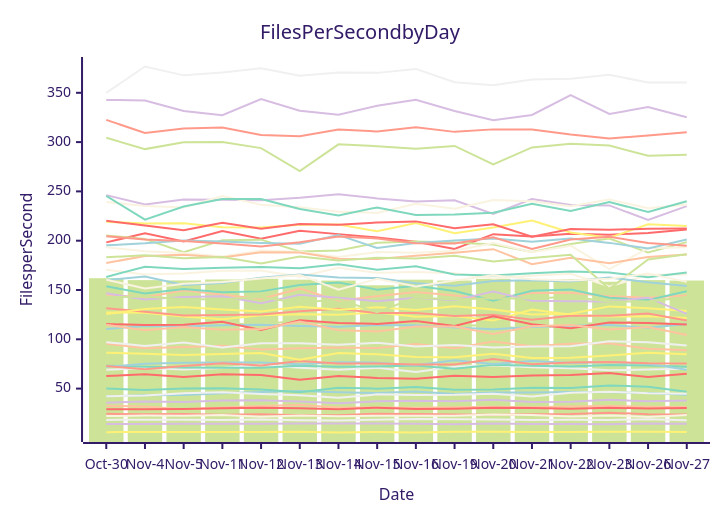
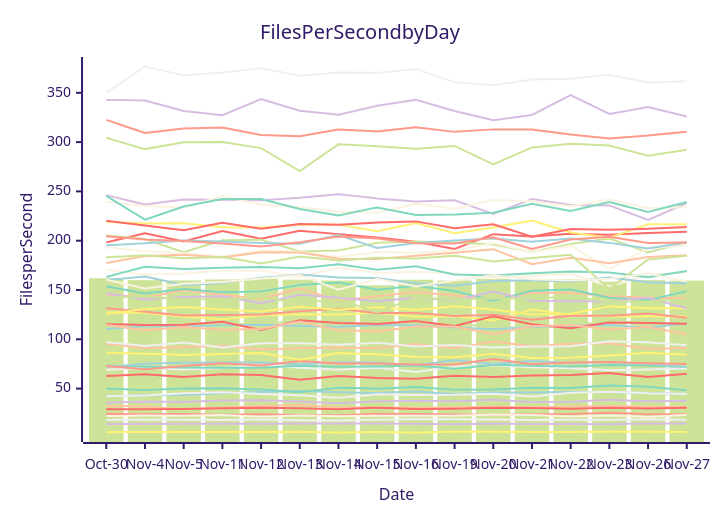
Before and after one commit to streetsidesoftware/cspell: the diagram in perf-report.md, drawn with Mermaid (forest theme). The commit also changed other lines of this file and 1 other file, not shown here.

````diff
--- a/perf-report.md
+++ b/perf-report.md
@@ -10,57 +10,57 @@
 ```mermaid
 xychart-beta
     title Files Per Second by Day
     y-axis Files per Second
     x-axis Date [Oct-30, Nov-4, Nov-5, Nov-11, Nov-12, Nov-13, Nov-14, Nov-15, Nov-16, Nov-19, Nov-20, Nov-21, Nov-22, Nov-23, Nov-26, Nov-27]
-    bar [161.94, 160.02, 159.72, 160.65, 161.35, 160.47, 159.54, 154.79, 160.46, 159.61, 161.30, 160.06, 161.07, 158.38, 160.01, 159.58]
-    line [198.27, 207.58, 199.26, 209.84, 202.01, 209.99, 206.66, 203.31, 199.00, 191.59, 206.65, 204.27, 207.11, 206.14, 207.83, 211.36]
-    line [42.25, 43.22, 43.49, 45.34, 46.46, 47.61, 46.36, 45.42, 47.07, 44.45, 46.03, 45.93, 46.58, 46.39, 45.62, 43.73]
-    line [13.97, 14.18, 14.33, 14.26, 14.23, 14.49, 14.71, 14.55, 14.39, 13.95, 14.60, 14.17, 14.18, 13.95, 14.61, 14.36]
-    line [18.25, 18.44, 18.38, 18.23, 18.67, 17.83, 17.56, 18.43, 19.15, 18.91, 18.65, 18.27, 18.52, 18.27, 18.83, 17.89]
-    line [95.53, 91.04, 92.11, 93.46, 89.53, 90.84, 91.64, 91.15, 95.31, 91.02, 97.72, 93.01, 95.37, 95.97, 90.32, 88.82]
-    line [49.99, 48.68, 50.03, 50.42, 49.00, 46.22, 50.88, 49.95, 51.56, 48.83, 49.01, 50.78, 50.67, 53.20, 51.79, 46.91]
-    line [24.43, 23.95, 24.20, 23.49, 24.08, 23.00, 23.06, 24.50, 24.34, 23.62, 23.53, 24.02, 24.23, 25.56, 24.09, 23.61]
-    line [22.12, 22.59, 22.34, 23.16, 21.54, 22.68, 21.85, 22.43, 22.45, 22.56, 23.60, 23.23, 21.70, 22.82, 21.29, 23.19]
-    line [127.28, 126.86, 123.18, 120.25, 124.45, 125.35, 124.99, 127.41, 122.93, 123.56, 118.96, 130.24, 124.88, 123.12, 123.27, 121.53]
-    line [117.43, 111.89, 115.01, 116.13, 115.22, 119.08, 113.54, 116.51, 115.21, 113.92, 114.16, 109.46, 116.44, 115.65, 119.47, 111.75]
-    line [62.75, 64.51, 61.69, 64.67, 63.79, 59.02, 62.70, 60.80, 59.91, 63.00, 61.76, 63.34, 63.78, 65.76, 61.80, 65.04]
-    line [110.40, 113.53, 112.85, 114.15, 114.65, 113.36, 112.62, 114.36, 114.33, 111.99, 110.22, 112.37, 113.80, 114.46, 111.80, 115.54]
-    line [35.71, 36.86, 36.50, 38.05, 38.19, 36.99, 35.25, 37.09, 37.76, 37.04, 38.77, 36.43, 36.55, 38.70, 37.18, 37.91]
-    line [69.09, 70.86, 69.37, 70.88, 73.81, 71.09, 69.11, 71.10, 66.81, 72.11, 73.56, 71.52, 70.73, 68.53, 69.45, 70.15]
-    line [145.45, 142.42, 149.63, 145.08, 140.78, 151.35, 139.20, 143.75, 147.85, 144.42, 140.89, 146.99, 147.16, 143.68, 142.26, 144.54]
-    line [73.22, 72.23, 71.32, 71.25, 71.08, 73.06, 72.16, 72.33, 73.39, 70.13, 74.26, 73.25, 72.41, 73.90, 73.49, 72.22]
-    line [131.49, 128.05, 124.13, 124.73, 125.27, 128.39, 131.06, 126.59, 126.76, 123.53, 124.94, 119.79, 123.77, 123.92, 126.14, 119.02]
-    line [170.61, 165.61, 166.70, 169.45, 169.81, 163.46, 172.46, 167.41, 168.34, 167.09, 161.78, 164.45, 166.41, 153.59, 165.34, 165.67]
-    line [125.70, 130.73, 132.76, 130.23, 128.16, 133.01, 129.97, 132.49, 129.80, 133.61, 130.16, 125.21, 125.92, 133.37, 131.47, 128.67]
-    line [205.39, 201.71, 188.42, 200.46, 201.07, 189.10, 190.06, 197.82, 199.09, 198.24, 196.06, 188.63, 196.64, 202.22, 187.96, 198.55]
-    line [115.50, 114.45, 114.87, 117.85, 109.38, 119.29, 116.46, 115.59, 118.49, 113.54, 123.36, 115.17, 111.11, 117.00, 116.48, 115.01]
-    line [72.03, 75.21, 76.09, 76.34, 76.58, 74.79, 76.80, 76.30, 73.76, 78.85, 74.91, 77.93, 75.92, 76.91, 75.07, 69.04]
-    line [246.20, 236.64, 241.81, 241.59, 241.14, 243.55, 247.17, 242.91, 239.70, 241.02, 227.21, 242.23, 236.13, 235.78, 220.97, 235.03]
-    line [97.05, 93.17, 96.79, 91.80, 95.95, 95.87, 94.48, 96.44, 92.65, 94.10, 91.76, 92.63, 92.88, 97.96, 96.91, 93.71]
-    line [32.41, 31.83, 29.14, 30.76, 32.43, 33.35, 30.87, 30.71, 30.55, 30.97, 31.56, 31.09, 31.75, 32.47, 31.60, 31.29]
-    line [163.25, 173.61, 171.18, 172.63, 173.35, 172.14, 176.09, 170.54, 174.05, 165.70, 164.60, 166.98, 168.69, 167.81, 163.00, 167.77]
-    line [72.80, 69.62, 72.93, 75.62, 73.39, 77.86, 75.46, 75.53, 74.48, 74.42, 80.12, 74.68, 76.58, 77.00, 75.69, 75.42]
-    line [193.23, 189.38, 187.47, 183.93, 189.93, 188.83, 183.53, 188.50, 187.66, 189.71, 197.63, 188.37, 194.96, 171.19, 192.32, 193.35]
-    line [219.14, 217.54, 217.64, 213.57, 213.32, 216.11, 216.43, 209.55, 217.83, 207.54, 213.34, 220.45, 208.25, 203.01, 216.67, 214.83]
-    line [304.34, 292.89, 299.81, 300.08, 293.90, 270.62, 297.75, 295.78, 293.19, 296.08, 277.37, 294.62, 298.41, 296.48, 286.19, 287.16]
-    line [29.14, 29.07, 29.19, 29.96, 30.60, 29.98, 29.13, 30.65, 29.20, 29.66, 30.68, 30.21, 29.67, 30.46, 29.86, 30.27]
-    line [195.27, 197.35, 200.31, 199.19, 197.63, 196.85, 205.77, 192.52, 197.76, 200.10, 202.32, 198.81, 202.16, 197.78, 192.08, 201.14]
-    line [342.79, 342.26, 331.64, 327.21, 343.58, 331.81, 327.76, 336.79, 342.94, 331.62, 322.15, 327.54, 347.69, 328.52, 335.50, 325.24]
-    line [42.24, 42.88, 45.37, 46.20, 44.50, 43.23, 40.60, 44.15, 43.48, 43.70, 44.83, 41.94, 45.87, 46.91, 45.25, 44.81]
-    line [177.36, 184.49, 185.72, 182.94, 188.28, 187.98, 181.73, 181.49, 184.66, 187.81, 191.42, 176.14, 182.60, 177.02, 183.57, 185.88]
-    line [153.73, 146.39, 151.10, 147.79, 148.60, 155.08, 157.59, 150.36, 154.26, 148.98, 139.01, 149.20, 150.38, 142.14, 139.88, 148.79]
-    line [204.60, 201.12, 199.63, 197.18, 194.05, 198.31, 204.17, 202.23, 197.34, 197.09, 203.42, 191.56, 201.26, 203.88, 197.62, 194.95]
-    line [239.32, 235.17, 233.67, 245.24, 236.50, 233.98, 229.39, 228.12, 237.34, 232.45, 241.31, 240.00, 234.88, 241.77, 233.01, 236.65]
-    line [5.80, 6.05, 5.91, 5.92, 6.05, 6.23, 5.47, 5.95, 5.52, 6.13, 6.21, 6.06, 6.00, 6.29, 6.16, 5.98]
-    line [183.23, 185.22, 182.14, 183.42, 176.89, 184.07, 179.92, 182.71, 181.97, 184.63, 178.93, 182.57, 185.79, 151.12, 180.91, 186.27]
-    line [220.21, 215.36, 210.66, 218.14, 212.13, 216.95, 216.28, 218.40, 219.59, 212.75, 216.58, 203.96, 211.74, 210.99, 212.04, 212.25]
-    line [160.02, 163.60, 155.05, 157.20, 162.55, 165.62, 162.61, 162.23, 156.96, 154.28, 159.13, 159.89, 158.58, 162.75, 157.87, 154.11]
-    line [146.59, 140.40, 143.02, 143.74, 136.69, 145.20, 142.11, 138.52, 142.01, 139.48, 148.36, 139.11, 138.55, 138.37, 142.22, 125.75]
-    line [349.95, 376.67, 367.68, 370.64, 374.87, 367.41, 370.51, 370.21, 374.24, 360.74, 357.55, 363.60, 364.19, 368.22, 360.42, 360.44]
-    line [114.69, 109.15, 112.48, 109.72, 110.55, 118.02, 109.29, 108.02, 112.93, 112.97, 105.44, 113.26, 114.47, 109.88, 112.40, 104.29]
-    line [245.41, 221.31, 234.75, 242.27, 242.37, 232.19, 225.67, 233.72, 226.18, 226.48, 228.27, 237.35, 230.05, 239.20, 229.08, 240.04]
-    line [322.55, 309.17, 313.73, 314.69, 307.18, 306.00, 312.70, 310.78, 315.06, 310.37, 312.90, 312.74, 307.69, 303.77, 306.69, 310.08]
-    line [160.48, 151.46, 156.36, 158.02, 161.56, 165.28, 150.34, 161.29, 153.65, 159.58, 164.91, 160.94, 159.52, 161.45, 166.78, 158.25]
-    line [86.40, 85.26, 84.18, 85.13, 86.07, 79.22, 86.18, 84.80, 82.10, 81.80, 85.25, 80.99, 81.28, 83.53, 86.46, 84.83]
-    line [142.74, 143.48, 140.52, 140.72, 142.75, 136.72, 140.92, 127.38, 142.26, 140.32, 141.64, 141.43, 143.12, 138.28, 138.39, 142.99]
+    bar [161.94, 160.02, 159.72, 160.65, 161.35, 160.47, 159.54, 154.79, 160.46, 159.61, 161.30, 160.06, 161.07, 158.38, 160.01, 159.51]
+    line [198.27, 207.58, 199.26, 209.84, 202.01, 209.99, 206.66, 203.31, 199.00, 191.59, 206.65, 204.27, 207.11, 206.14, 207.83, 208.99]
+    line [42.25, 43.22, 43.49, 45.34, 46.46, 47.61, 46.36, 45.42, 47.07, 44.45, 46.03, 45.93, 46.58, 46.39, 45.62, 44.62]
+    line [13.97, 14.18, 14.33, 14.26, 14.23, 14.49, 14.71, 14.55, 14.39, 13.95, 14.60, 14.17, 14.18, 13.95, 14.61, 14.49]
+    line [18.25, 18.44, 18.38, 18.23, 18.67, 17.83, 17.56, 18.43, 19.15, 18.91, 18.65, 18.27, 18.52, 18.27, 18.83, 18.32]
+    line [95.53, 91.04, 92.11, 93.46, 89.53, 90.84, 91.64, 91.15, 95.31, 91.02, 97.72, 93.01, 95.37, 95.97, 90.32, 91.22]
+    line [49.99, 48.68, 50.03, 50.42, 49.00, 46.22, 50.88, 49.95, 51.56, 48.83, 49.01, 50.78, 50.67, 53.20, 51.79, 48.42]
+    line [24.43, 23.95, 24.20, 23.49, 24.08, 23.00, 23.06, 24.50, 24.34, 23.62, 23.53, 24.02, 24.23, 25.56, 24.09, 24.00]
+    line [22.12, 22.59, 22.34, 23.16, 21.54, 22.68, 21.85, 22.43, 22.45, 22.56, 23.60, 23.23, 21.70, 22.82, 21.29, 23.51]
+    line [127.28, 126.86, 123.18, 120.25, 124.45, 125.35, 124.99, 127.41, 122.93, 123.56, 118.96, 130.24, 124.88, 123.12, 123.27, 123.12]
+    line [117.43, 111.89, 115.01, 116.13, 115.22, 119.08, 113.54, 116.51, 115.21, 113.92, 114.16, 109.46, 116.44, 115.65, 119.47, 113.07]
+    line [62.75, 64.51, 61.69, 64.67, 63.79, 59.02, 62.70, 60.80, 59.91, 63.00, 61.76, 63.34, 63.78, 65.76, 61.80, 64.96]
+    line [110.40, 113.53, 112.85, 114.15, 114.65, 113.36, 112.62, 114.36, 114.33, 111.99, 110.22, 112.37, 113.80, 114.46, 111.80, 116.19]
+    line [35.71, 36.86, 36.50, 38.05, 38.19, 36.99, 35.25, 37.09, 37.76, 37.04, 38.77, 36.43, 36.55, 38.70, 37.18, 37.74]
+    line [69.09, 70.86, 69.37, 70.88, 73.81, 71.09, 69.11, 71.10, 66.81, 72.11, 73.56, 71.52, 70.73, 68.53, 69.45, 70.29]
+    line [145.45, 142.42, 149.63, 145.08, 140.78, 151.35, 139.20, 143.75, 147.85, 144.42, 140.89, 146.99, 147.16, 143.68, 142.26, 141.63]
+    line [73.22, 72.23, 71.32, 71.25, 71.08, 73.06, 72.16, 72.33, 73.39, 70.13, 74.26, 73.25, 72.41, 73.90, 73.49, 71.80]
+    line [131.49, 128.05, 124.13, 124.73, 125.27, 128.39, 131.06, 126.59, 126.76, 123.53, 124.94, 119.79, 123.77, 123.92, 126.14, 121.82]
+    line [170.61, 165.61, 166.70, 169.45, 169.81, 163.46, 172.46, 167.41, 168.34, 167.09, 161.78, 164.45, 166.41, 153.59, 165.34, 167.76]
+    line [125.70, 130.73, 132.76, 130.23, 128.16, 133.01, 129.97, 132.49, 129.80, 133.61, 130.16, 125.21, 125.92, 133.37, 131.47, 131.60]
+    line [205.39, 201.71, 188.42, 200.46, 201.07, 189.10, 190.06, 197.82, 199.09, 198.24, 196.06, 188.63, 196.64, 202.22, 187.96, 198.52]
+    line [115.50, 114.45, 114.87, 117.85, 109.38, 119.29, 116.46, 115.59, 118.49, 113.54, 123.36, 115.17, 111.11, 117.00, 116.48, 115.76]
+    line [72.03, 75.21, 76.09, 76.34, 76.58, 74.79, 76.80, 76.30, 73.76, 78.85, 74.91, 77.93, 75.92, 76.91, 75.07, 72.02]
+    line [246.20, 236.64, 241.81, 241.59, 241.14, 243.55, 247.17, 242.91, 239.70, 241.02, 227.21, 242.23, 236.13, 235.78, 220.97, 238.24]
+    line [97.05, 93.17, 96.79, 91.80, 95.95, 95.87, 94.48, 96.44, 92.65, 94.10, 91.76, 92.63, 92.88, 97.96, 96.91, 93.91]
+    line [32.41, 31.83, 29.14, 30.76, 32.43, 33.35, 30.87, 30.71, 30.55, 30.97, 31.56, 31.09, 31.75, 32.47, 31.60, 31.68]
+    line [163.25, 173.61, 171.18, 172.63, 173.35, 172.14, 176.09, 170.54, 174.05, 165.70, 164.60, 166.98, 168.69, 167.81, 163.00, 169.37]
+    line [72.80, 69.62, 72.93, 75.62, 73.39, 77.86, 75.46, 75.53, 74.48, 74.42, 80.12, 74.68, 76.58, 77.00, 75.69, 74.97]
+    line [193.23, 189.38, 187.47, 183.93, 189.93, 188.83, 183.53, 188.50, 187.66, 189.71, 197.63, 188.37, 194.96, 171.19, 192.32, 195.34]
+    line [219.14, 217.54, 217.64, 213.57, 213.32, 216.11, 216.43, 209.55, 217.83, 207.54, 213.34, 220.45, 208.25, 203.01, 216.67, 216.64]
+    line [304.34, 292.89, 299.81, 300.08, 293.90, 270.62, 297.75, 295.78, 293.19, 296.08, 277.37, 294.62, 298.41, 296.48, 286.19, 292.24]
+    line [29.14, 29.07, 29.19, 29.96, 30.60, 29.98, 29.13, 30.65, 29.20, 29.66, 30.68, 30.21, 29.67, 30.46, 29.86, 30.48]
+    line [195.27, 197.35, 200.31, 199.19, 197.63, 196.85, 205.77, 192.52, 197.76, 200.10, 202.32, 198.81, 202.16, 197.78, 192.08, 198.49]
+    line [342.79, 342.26, 331.64, 327.21, 343.58, 331.81, 327.76, 336.79, 342.94, 331.62, 322.15, 327.54, 347.69, 328.52, 335.50, 325.97]
+    line [42.24, 42.88, 45.37, 46.20, 44.50, 43.23, 40.60, 44.15, 43.48, 43.70, 44.83, 41.94, 45.87, 46.91, 45.25, 44.50]
+    line [177.36, 184.49, 185.72, 182.94, 188.28, 187.98, 181.73, 181.49, 184.66, 187.81, 191.42, 176.14, 182.60, 177.02, 183.57, 185.12]
+    line [153.73, 146.39, 151.10, 147.79, 148.60, 155.08, 157.59, 150.36, 154.26, 148.98, 139.01, 149.20, 150.38, 142.14, 139.88, 148.61]
+    line [204.60, 201.12, 199.63, 197.18, 194.05, 198.31, 204.17, 202.23, 197.34, 197.09, 203.42, 191.56, 201.26, 203.88, 197.62, 198.09]
+    line [239.32, 235.17, 233.67, 245.24, 236.50, 233.98, 229.39, 228.12, 237.34, 232.45, 241.31, 240.00, 234.88, 241.77, 233.01, 234.04]
+    line [5.80, 6.05, 5.91, 5.92, 6.05, 6.23, 5.47, 5.95, 5.52, 6.13, 6.21, 6.06, 6.00, 6.29, 6.16, 6.03]
+    line [183.23, 185.22, 182.14, 183.42, 176.89, 184.07, 179.92, 182.71, 181.97, 184.63, 178.93, 182.57, 185.79, 151.12, 180.91, 184.73]
+    line [220.21, 215.36, 210.66, 218.14, 212.13, 216.95, 216.28, 218.40, 219.59, 212.75, 216.58, 203.96, 211.74, 210.99, 212.04, 213.89]
+    line [160.02, 163.60, 155.05, 157.20, 162.55, 165.62, 162.61, 162.23, 156.96, 154.28, 159.13, 159.89, 158.58, 162.75, 157.87, 156.54]
+    line [146.59, 140.40, 143.02, 143.74, 136.69, 145.20, 142.11, 138.52, 142.01, 139.48, 148.36, 139.11, 138.55, 138.37, 142.22, 131.52]
+    line [349.95, 376.67, 367.68, 370.64, 374.87, 367.41, 370.51, 370.21, 374.24, 360.74, 357.55, 363.60, 364.19, 368.22, 360.42, 361.78]
+    line [114.69, 109.15, 112.48, 109.72, 110.55, 118.02, 109.29, 108.02, 112.93, 112.97, 105.44, 113.26, 114.47, 109.88, 112.40, 105.21]
+    line [245.41, 221.31, 234.75, 242.27, 242.37, 232.19, 225.67, 233.72, 226.18, 226.48, 228.27, 237.35, 230.05, 239.20, 229.08, 239.26]
+    line [322.55, 309.17, 313.73, 314.69, 307.18, 306.00, 312.70, 310.78, 315.06, 310.37, 312.90, 312.74, 307.69, 303.77, 306.69, 310.59]
+    line [160.48, 151.46, 156.36, 158.02, 161.56, 165.28, 150.34, 161.29, 153.65, 159.58, 164.91, 160.94, 159.52, 161.45, 166.78, 158.69]
+    line [86.40, 85.26, 84.18, 85.13, 86.07, 79.22, 86.18, 84.80, 82.10, 81.80, 85.25, 80.99, 81.28, 83.53, 86.46, 84.38]
+    line [142.74, 143.48, 140.52, 140.72, 142.75, 136.72, 140.92, 127.38, 142.26, 140.32, 141.64, 141.43, 143.12, 138.28, 138.39, 140.67]
 ```
````
